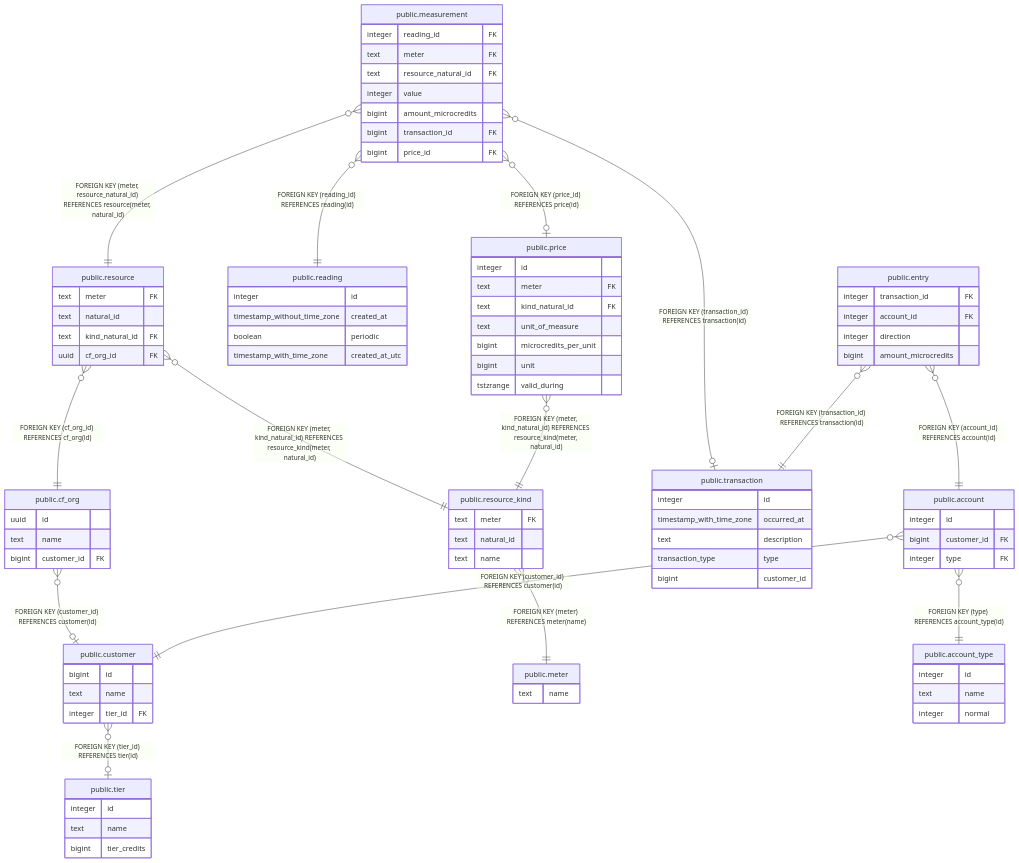
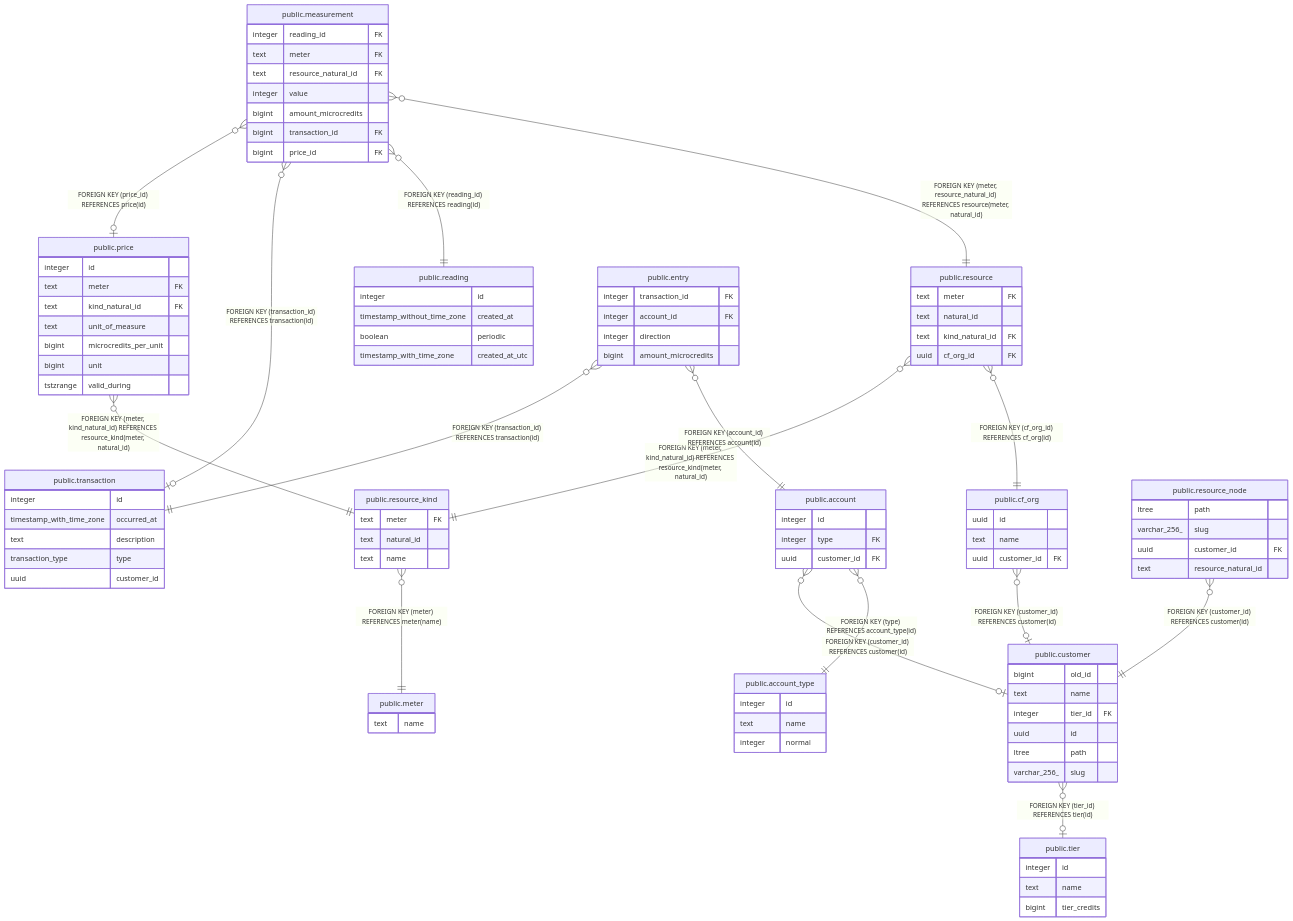
One commit to cloud-gov/billing changed the diagram in docs/db-schema/README.md. Above: the diagram before and after it, drawn with Mermaid. The commit also changed other lines of this file and 15 other files, not shown here.

````diff
--- a/docs/db-schema/README.md
+++ b/docs/db-schema/README.md
@@ -48,11 +130,12 @@
 "public.measurement" }o--|| "public.reading" : "FOREIGN KEY (reading_id) REFERENCES reading(id)"
 "public.measurement" }o--o| "public.transaction" : "FOREIGN KEY (transaction_id) REFERENCES transaction(id)"
 "public.measurement" }o--o| "public.price" : "FOREIGN KEY (price_id) REFERENCES price(id)"
-"public.account" }o--|| "public.customer" : "FOREIGN KEY (customer_id) REFERENCES customer(id)"
 "public.account" }o--|| "public.account_type" : "FOREIGN KEY (type) REFERENCES account_type(id)"
+"public.account" }o--o| "public.customer" : "FOREIGN KEY (customer_id) REFERENCES customer(id)"
 "public.entry" }o--|| "public.account" : "FOREIGN KEY (account_id) REFERENCES account(id)"
 "public.entry" }o--|| "public.transaction" : "FOREIGN KEY (transaction_id) REFERENCES transaction(id)"
 "public.price" }o--|| "public.resource_kind" : "FOREIGN KEY (meter, kind_natural_id) REFERENCES resource_kind(meter, natural_id)"
+"public.resource_node" }o--|| "public.customer" : "FOREIGN KEY (customer_id) REFERENCES customer(id)"
 
 "public.tier" {
   integer id
@@ -60,14 +143,17 @@
   bigint tier_credits
 }
 "public.customer" {
-  bigint id
+  bigint old_id
   text name
   integer tier_id FK
+  uuid id
+  ltree path
+  varchar_256_ slug
 }
 "public.cf_org" {
   uuid id
   text name
-  bigint customer_id FK
+  uuid customer_id FK
 }
 "public.meter" {
   text name
@@ -105,15 +191,15 @@
 }
 "public.account" {
   integer id
-  bigint customer_id FK
   integer type FK
+  uuid customer_id FK
 }
 "public.transaction" {
   integer id
   timestamp_with_time_zone occurred_at
   text description
   transaction_type type
-  bigint customer_id
+  uuid customer_id
 }
 "public.entry" {
   integer transaction_id FK
@@ -130,4 +216,10 @@
   bigint unit
   tstzrange valid_during
 }
+"public.resource_node" {
+  ltree path
+  varchar_256_ slug
+  uuid customer_id FK
+  text resource_natural_id
+}
 ```
````
